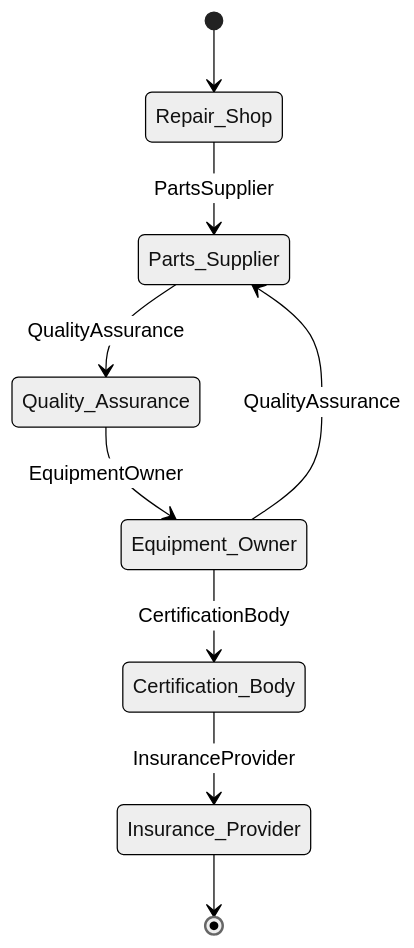
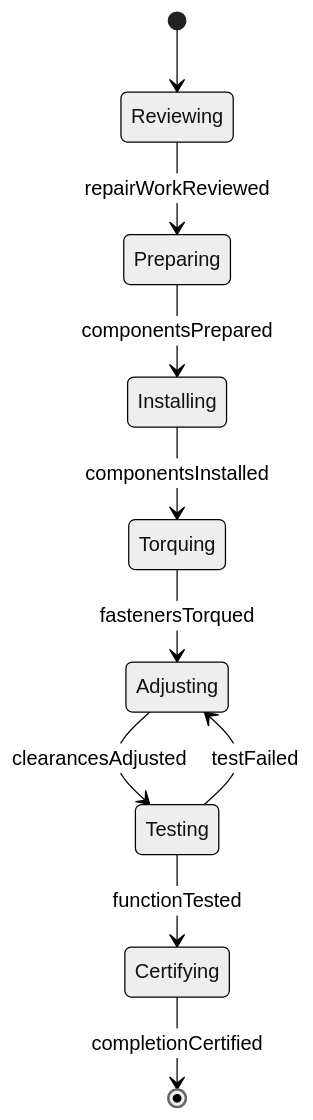
Before and after one commit to dot-org-ai/tasks.org.ai: the second of 4 diagrams in HandlingAndMovingObjects/AssembleEquipmentOrComponents/ReassembleEquipmentAfterRepair.mdx, drawn with Mermaid (neutral theme). The commit also changed other lines of this file and 515 other files, not shown here.

````diff
--- a/HandlingAndMovingObjects/AssembleEquipmentOrComponents/ReassembleEquipmentAfterRepair.mdx
+++ b/HandlingAndMovingObjects/AssembleEquipmentOrComponents/ReassembleEquipmentAfterRepair.mdx
@@ -101,11 +99,12 @@
 ```mermaid
 stateDiagram-v2
-    [*] --> Repair_Shop
-    Repair_Shop --> Parts_Supplier: PartsSupplier
-    Parts_Supplier --> Quality_Assurance: QualityAssurance
-    Quality_Assurance --> Equipment_Owner: EquipmentOwner
-    Equipment_Owner --> Certification_Body: CertificationBody
-    Certification_Body --> Insurance_Provider: InsuranceProvider
-    Equipment_Owner --> Parts_Supplier: QualityAssurance
-    Insurance_Provider --> [*]
+    [*] --> Reviewing
+    Reviewing --> Preparing : repairWorkReviewed
+    Preparing --> Installing : componentsPrepared
+    Installing --> Torquing : componentsInstalled
+    Torquing --> Adjusting : fastenersTorqued
+    Adjusting --> Testing : clearancesAdjusted
+    Testing --> Certifying : functionTested
+    Testing --> Adjusting : testFailed
+    Certifying --> [*] : completionCertified
 ```
````
